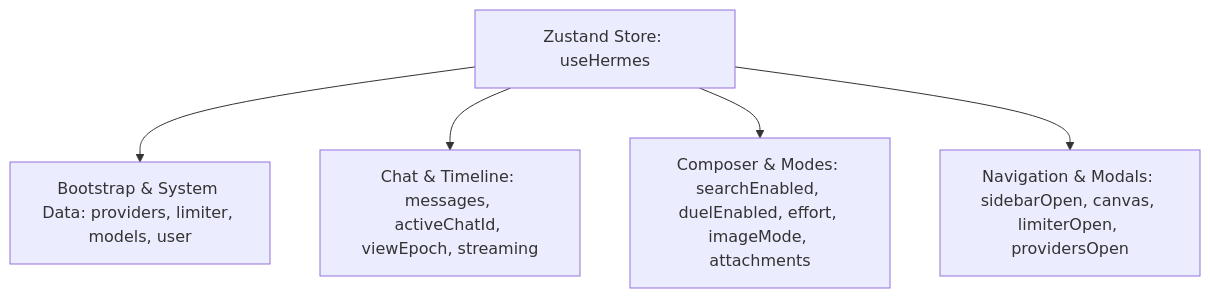
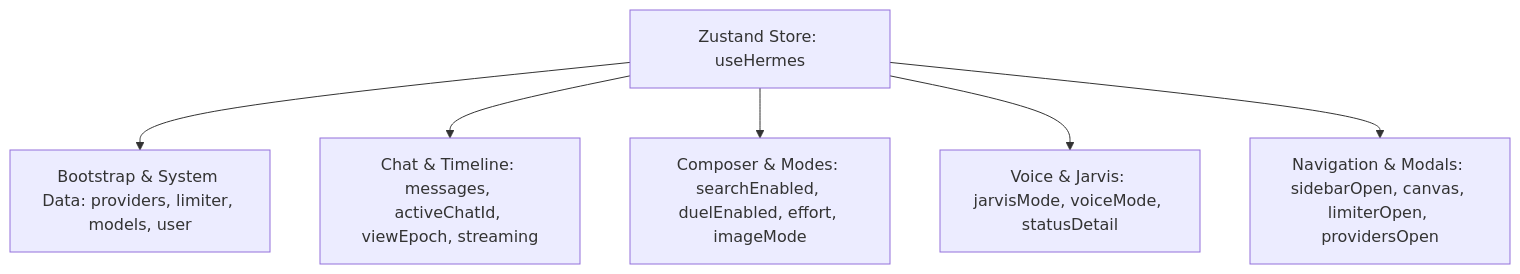
Before and after one commit to islamMendjel/SenkuAPI: the fourth of 4 diagrams in README.md, drawn with Mermaid. The commit also changed other lines of this file, not shown here.

````diff
--- a/README.md
+++ b/README.md
@@ -468,8 +427,9 @@
 ```mermaid
 graph TD
     Store[Zustand Store: useHermes]
     Store --> Bootstrap[Bootstrap & System Data: providers, limiter, models, user]
     Store --> ChatState[Chat & Timeline: messages, activeChatId, viewEpoch, streaming]
-    Store --> ComposerState[Composer & Modes: searchEnabled, duelEnabled, effort, imageMode, attachments]
+    Store --> ComposerState[Composer & Modes: searchEnabled, duelEnabled, effort, imageMode]
+    Store --> VoiceState[Voice & Jarvis: jarvisMode, voiceMode, statusDetail]
     Store --> NavState[Navigation & Modals: sidebarOpen, canvas, limiterOpen, providersOpen]
 ```
````
